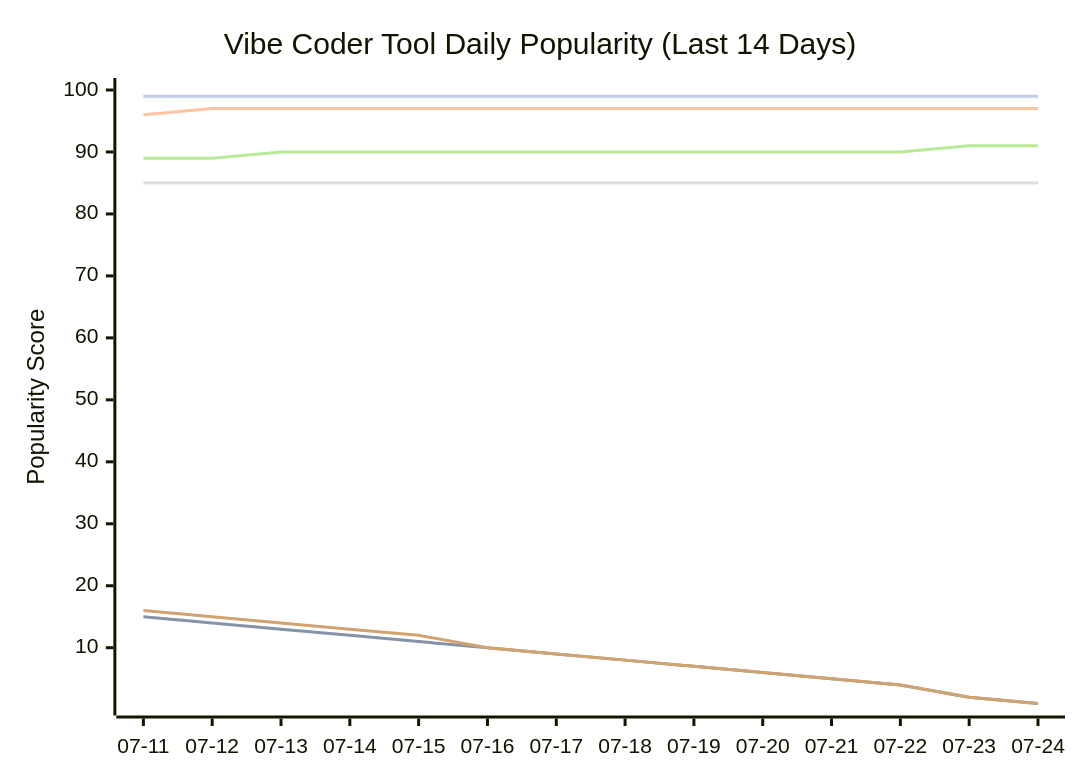
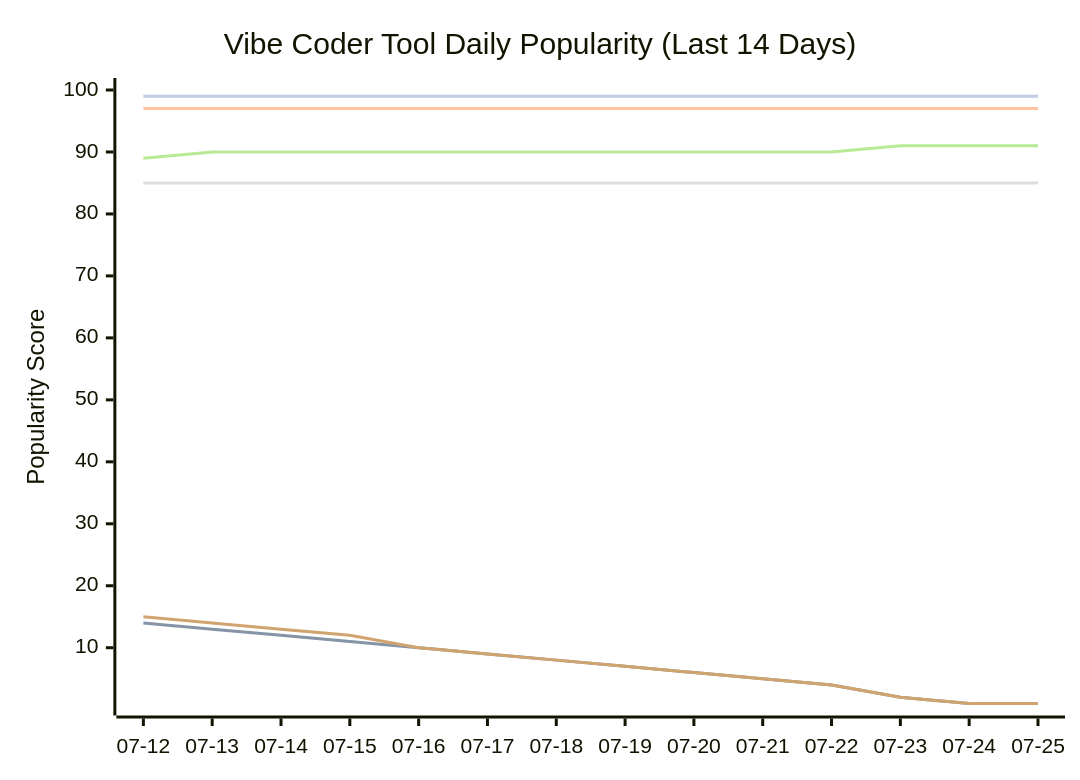
One commit to tykimos/ai-whatchelin changed the seventh of 11 diagrams in README.md. Above: the diagram before and after it, drawn with Mermaid. The commit also changed other lines of this file and 4 other files, not shown here.

````diff
--- a/README.md
+++ b/README.md
@@ -2070,13 +2080,13 @@
 ```mermaid
 xychart-beta
     title "Vibe Coder Tool Daily Popularity (Last 14 Days)"
-    x-axis ["07-11", "07-12", "07-13", "07-14", "07-15", "07-16", "07-17", "07-18", "07-19", "07-20", "07-21", "07-22", "07-23", "07-24"]
+    x-axis ["07-12", "07-13", "07-14", "07-15", "07-16", "07-17", "07-18", "07-19", "07-20", "07-21", "07-22", "07-23", "07-24", "07-25"]
     y-axis "Popularity Score" 1 --> 100
     line "Claude Code" [99, 99, 99, 99, 99, 99, 99, 99, 99, 99, 99, 99, 99, 99]
-    line "GH Copilot" [15, 14, 13, 12, 11, 10, 9, 8, 7, 6, 5, 4, 2, 1]
-    line "Cursor" [96, 97, 97, 97, 97, 97, 97, 97, 97, 97, 97, 97, 97, 97]
+    line "GH Copilot" [14, 13, 12, 11, 10, 9, 8, 7, 6, 5, 4, 2, 1, 1]
+    line "Cursor" [97, 97, 97, 97, 97, 97, 97, 97, 97, 97, 97, 97, 97, 97]
     line "Windsurf" [85, 85, 85, 85, 85, 85, 85, 85, 85, 85, 85, 85, 85, 85]
-    line "Codex CLI" [89, 89, 90, 90, 90, 90, 90, 90, 90, 90, 90, 90, 91, 91]
-    line "Gemini CLI" [16, 15, 14, 13, 12, 10, 9, 8, 7, 6, 5, 4, 2, 1]
+    line "Codex CLI" [89, 90, 90, 90, 90, 90, 90, 90, 90, 90, 90, 91, 91, 91]
+    line "Gemini CLI" [15, 14, 13, 12, 10, 9, 8, 7, 6, 5, 4, 2, 1, 1]
     line "Antigravity" [99, 99, 99, 99, 99, 99, 99, 99, 99, 99, 99, 99, 99, 99]
 ```
````
